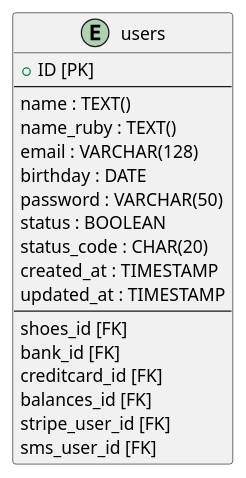
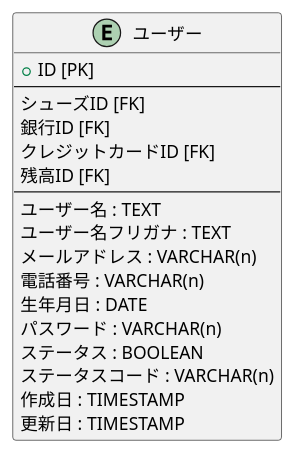
One commit to mybz-inc/sneaker changed the diagram in db/users.pu. Above: the diagram before and after it, drawn with PlantUML. The commit also changed 17 other files, not shown here.

```diff
--- a/db/users.pu
+++ b/db/users.pu
@@ -1,22 +1,21 @@
-@startuml users
-entity users {
+@startuml ユーザー
+entity ユーザー {
   + ID [PK]
   --
-  name : TEXT()
-  name_ruby : TEXT()
-  email : VARCHAR(128)
-  birthday : DATE
-  password : VARCHAR(50)
-  status : BOOLEAN
-  status_code : CHAR(20)
-  created_at : TIMESTAMP
-  updated_at : TIMESTAMP
+  シューズID [FK]
+  銀行ID [FK]
+  クレジットカードID [FK]
+  残高ID [FK]
   --
-  shoes_id [FK]
-  bank_id [FK]
-  creditcard_id [FK]
-  balances_id [FK]
-  stripe_user_id [FK]
-  sms_user_id [FK]
+  ユーザー名 : TEXT
+  ユーザー名フリガナ : TEXT
+  メールアドレス : VARCHAR(n)
+  電話番号 : VARCHAR(n)
+  生年月日 : DATE
+  パスワード : VARCHAR(n)
+  ステータス : BOOLEAN
+  ステータスコード : VARCHAR(n)
+  作成日 : TIMESTAMP
+  更新日 : TIMESTAMP
 }
 @enduml
```
